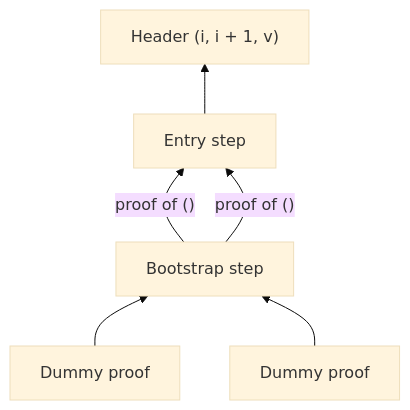
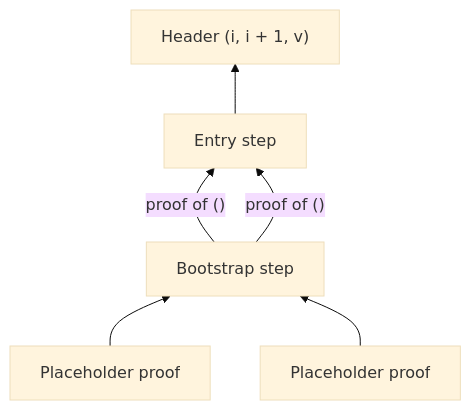
The second of 2 diagrams in docs/recursive-proofs.md (hhanh00/ragu-tachyon), drawn with Mermaid (base theme) before and after one commit. The commit also changed other lines of this file and 48 other files, not shown here.

````diff
--- a/docs/recursive-proofs.md
+++ b/docs/recursive-proofs.md
@@ -338,8 +423,8 @@
 ```mermaid
 graph BT
-    D1["Dummy proof"] --> B["Bootstrap step"]
-    D2["Dummy proof"] --> B
+    D1["Placeholder proof"] --> B["Bootstrap step"]
+    D2["Placeholder proof"] --> B
     B -->|"proof of ()"| E["Entry step"]
     B -->|"proof of ()"| E
     E --> H["Header (i, i + 1, v)"]
 ```
````
